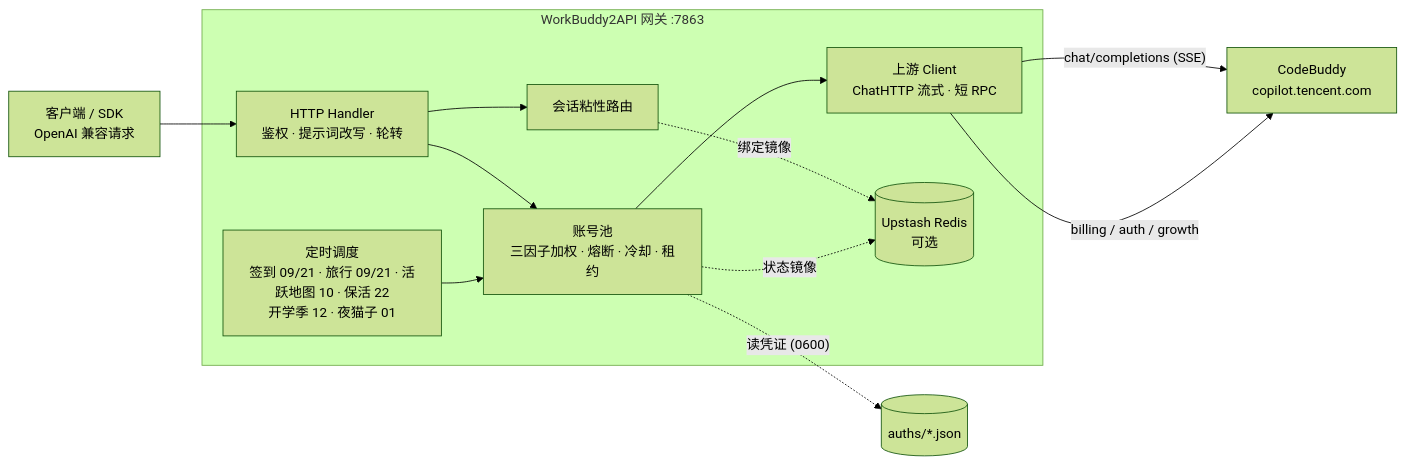
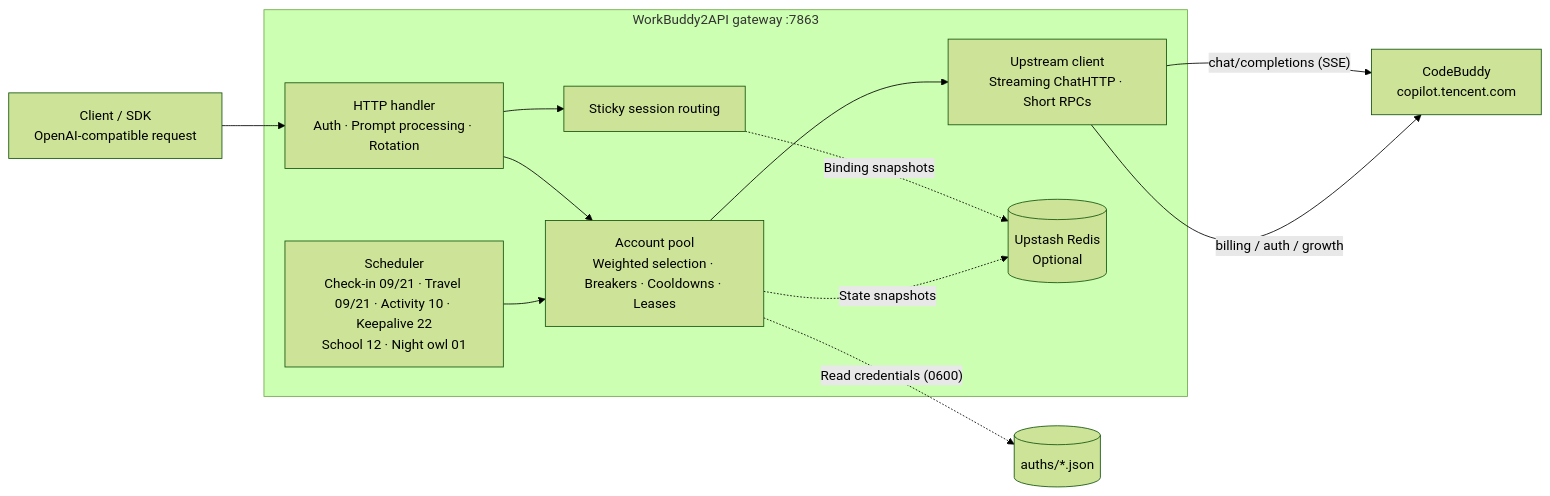
One commit to Dan9615/workbuddy2api changed the diagram in README.md. Above: the diagram before and after it, drawn with Mermaid (forest theme). The commit also changed other lines of this file and 39 other files, not shown here.

````diff
--- a/README.md
+++ b/README.md
@@ -116,18 +117,18 @@
 ```mermaid
 flowchart LR
-    Client["客户端 / SDK\nOpenAI 兼容请求"] --> H
+    Client["Client / SDK\nOpenAI-compatible request"] --> H
 
-    subgraph GWI["WorkBuddy2API 网关 :7863"]
-        H["HTTP Handler\n鉴权 · 提示词改写 · 轮转"] --> P
+    subgraph GWI["WorkBuddy2API gateway :7863"]
+        H["HTTP handler\nAuth · Prompt processing · Rotation"] --> P
         H --> S
-        P["账号池\n三因子加权 · 熔断 · 冷却 · 租约"] --> U
-        S["会话粘性路由"] -.绑定镜像.-> REDIS
-        T["定时调度\n签到 09/21 · 旅行 09/21 · 活跃地图 10 · 保活 22\n开学季 12 · 夜猫子 01"] --> P
-        U["上游 Client\nChatHTTP 流式 · 短 RPC"]
+        P["Account pool\nWeighted selection · Breakers · Cooldowns · Leases"] --> U
+        S["Sticky session routing"] -. "Binding snapshots" .-> REDIS
+        T["Scheduler\nCheck-in 09/21 · Travel 09/21 · Activity 10 · Keepalive 22\nSchool 12 · Night owl 01"] --> P
+        U["Upstream client\nStreaming ChatHTTP · Short RPCs"]
     end
 
-    P -. "读凭证 (0600)" .-> AUTH[("auths/*.json")]
-    P -. "状态镜像" .-> REDIS[("Upstash Redis\n可选")]
+    P -. "Read credentials (0600)" .-> AUTH[("auths/*.json")]
+    P -. "State snapshots" .-> REDIS[("Upstash Redis\nOptional")]
     U -->|"chat/completions (SSE)"| CB["CodeBuddy\ncopilot.tencent.com"]
     U -->|"billing / auth / growth"| CB
 ```
````
